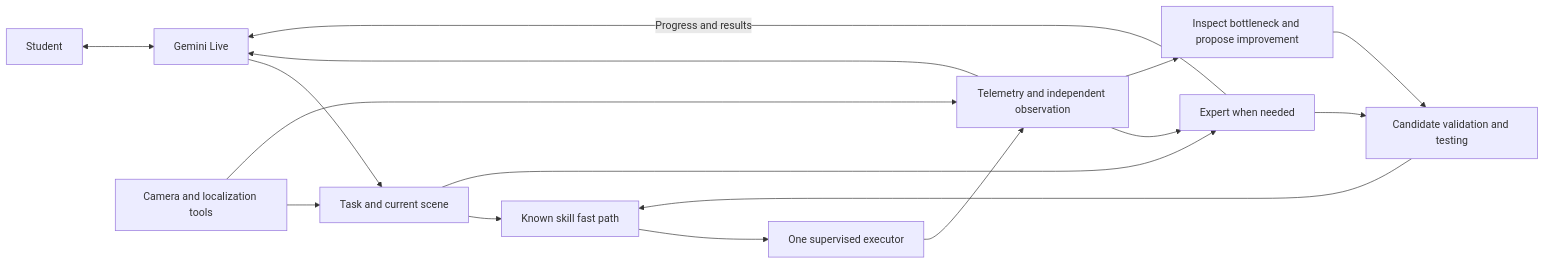
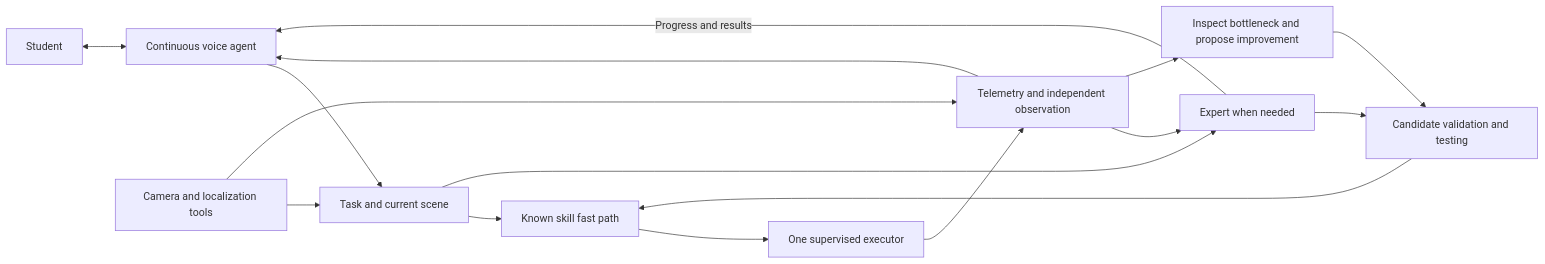
The diagram in docs/ARCHITECTURE.md (VictorJimenez3/OpenArms), drawn with Mermaid before and after one commit. The commit also changed other lines of this file and 10 other files, not shown here.

````diff
--- a/docs/ARCHITECTURE.md
+++ b/docs/ARCHITECTURE.md
@@ -26,18 +27,18 @@
 ```mermaid
 flowchart LR
-  S[Student] <--> G[Gemini Live]
+  S[Student] <--> G[Continuous voice agent]
   G --> R[Task and current scene]
   R --> K[Known skill fast path]
   R --> E[Expert when needed]
   C[Camera and localization tools] --> R
   E -->|Progress and results| G
   E --> V[Candidate validation and testing]
   V --> K
   K --> X[One supervised executor]
   X --> O[Telemetry and independent observation]
   C --> O
   O --> G
   O --> E
   O --> I[Inspect bottleneck and propose improvement]
   I --> V
 ```
````
